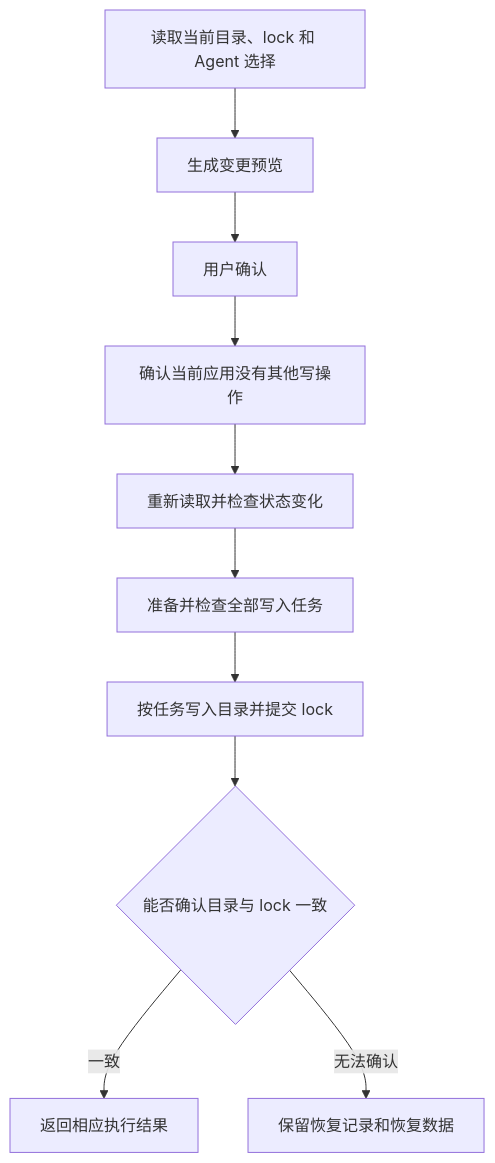
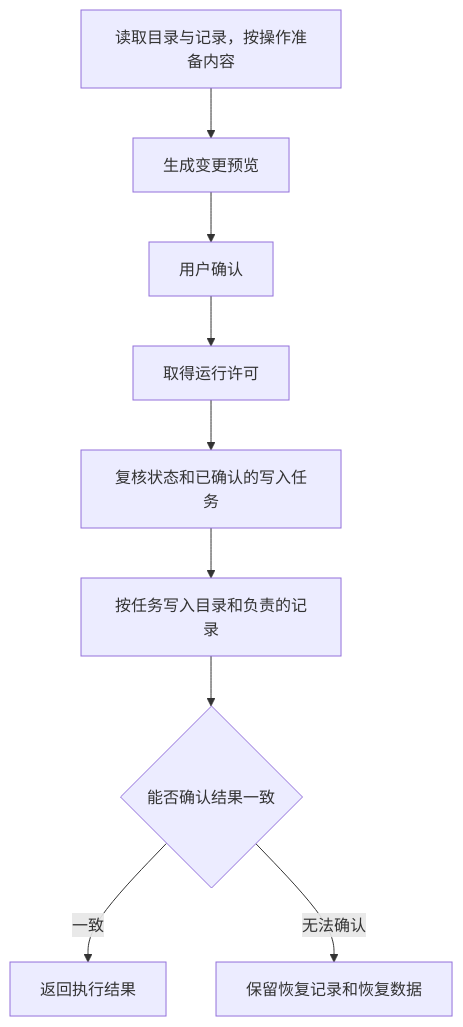
The diagram in docs/execution-and-recovery.md (Hccake/skill-deck), drawn with Mermaid before and after one commit. The commit also changed other lines of this file and 23 other files, not shown here.

````diff
--- a/docs/execution-and-recovery.md
+++ b/docs/execution-and-recovery.md
@@ -11,12 +11,11 @@
 ```mermaid
 flowchart TD
-    Read["读取当前目录、lock 和 Agent 选择"] --> Preview["生成变更预览"]
+    Read["读取目录与记录，按操作准备内容"] --> Preview["生成变更预览"]
     Preview --> Confirm["用户确认"]
-    Confirm --> Admission["确认当前应用没有其他写操作"]
-    Admission --> Recheck["重新读取并检查状态变化"]
-    Recheck --> Prepare["准备并检查全部写入任务"]
-    Prepare --> Commit["按任务写入目录并提交 lock"]
-    Commit --> Result{"能否确认目录与 lock 一致"}
-    Result -->|"一致"| Finish["返回相应执行结果"]
+    Confirm --> Admission["取得运行许可"]
+    Admission --> Recheck["复核状态和已确认的写入任务"]
+    Recheck --> Commit["按任务写入目录和负责的记录"]
+    Commit --> Result{"能否确认结果一致"}
+    Result -->|"一致"| Finish["返回执行结果"]
     Result -->|"无法确认"| Recovery["保留恢复记录和恢复数据"]
 ```
````
